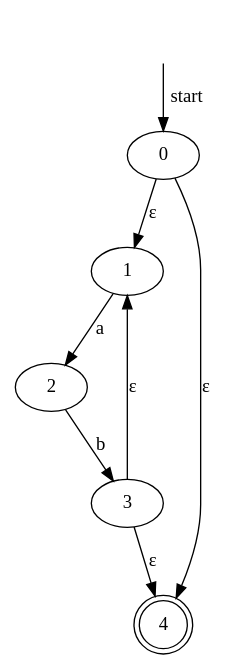
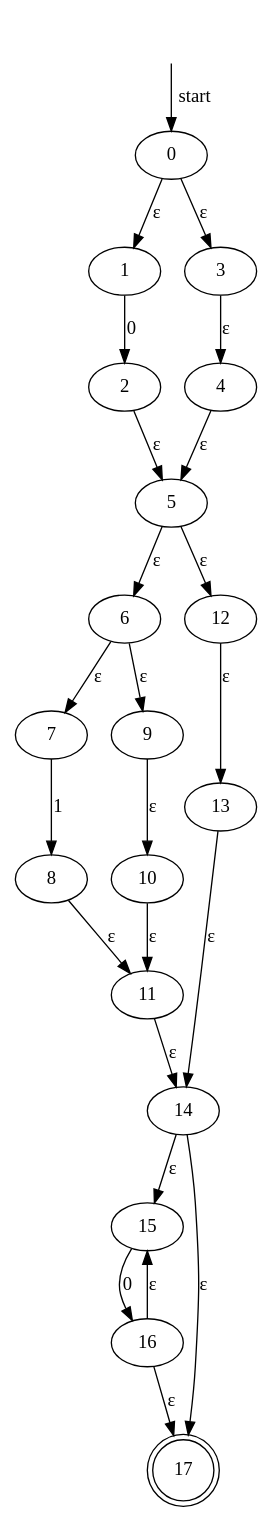
Before and after one commit to EstebanAG1005/LaboratorioA-Dise-o-de-Lenguajes: the diagram in nfa.gv, drawn with Graphviz. The commit also changed 3 other files, not shown here.

```diff
--- a/nfa.gv
+++ b/nfa.gv
@@ -1,14 +1,43 @@
 digraph {
 	"" [shape=none style=invisible]
 	"" -> 0 [label=start]
 	1 [label=1]
 	2 [label=2]
 	3 [label=3]
-	4 [label=4 shape=doublecircle]
+	4 [label=4]
+	5 [label=5]
+	6 [label=6]
+	7 [label=7]
+	8 [label=8]
+	9 [label=9]
+	10 [label=10]
+	11 [label=11]
+	12 [label=12]
+	13 [label=13]
+	14 [label=14]
+	15 [label=15]
+	16 [label=16]
+	17 [label=17 shape=doublecircle]
 	0 -> 1 [label="ε"]
-	0 -> 4 [label="ε"]
-	1 -> 2 [label=a]
-	2 -> 3 [label=b]
-	3 -> 1 [label="ε"]
+	0 -> 3 [label="ε"]
+	1 -> 2 [label=0]
 	3 -> 4 [label="ε"]
+	2 -> 5 [label="ε"]
+	4 -> 5 [label="ε"]
+	5 -> 6 [label="ε"]
+	5 -> 12 [label="ε"]
+	6 -> 7 [label="ε"]
+	6 -> 9 [label="ε"]
+	7 -> 8 [label=1]
+	9 -> 10 [label="ε"]
+	8 -> 11 [label="ε"]
+	10 -> 11 [label="ε"]
+	12 -> 13 [label="ε"]
+	11 -> 14 [label="ε"]
+	13 -> 14 [label="ε"]
+	14 -> 15 [label="ε"]
+	14 -> 17 [label="ε"]
+	15 -> 16 [label=0]
+	16 -> 15 [label="ε"]
+	16 -> 17 [label="ε"]
 }
```
